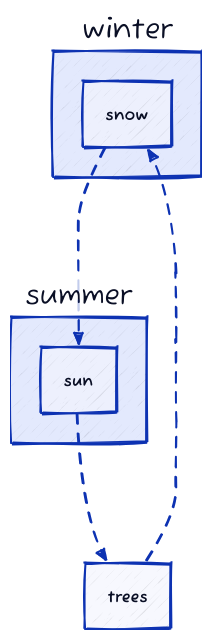
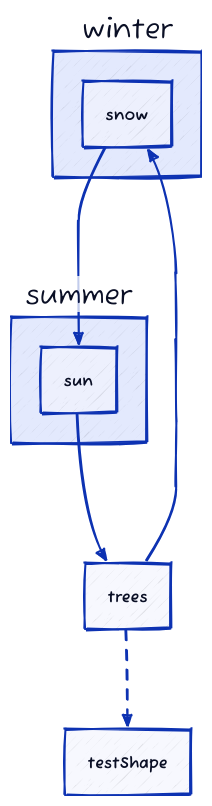
One commit to LyridInc/deployment-operator changed the diagram in diagrams/test.d2. Above: the diagram before and after it, drawn with D2. The commit also changed 2 other files, not shown here.

```diff
--- a/diagrams/test.d2
+++ b/diagrams/test.d2
@@ -1,8 +1,12 @@
 vars: {
   d2-config: {
     sketch: true
   }
 }
 winter.snow -> summer.sun -> trees -> winter.snow: {
+  style.animated: false
+}
+
+trees -> testShape {
   style.animated: true
 }
```
